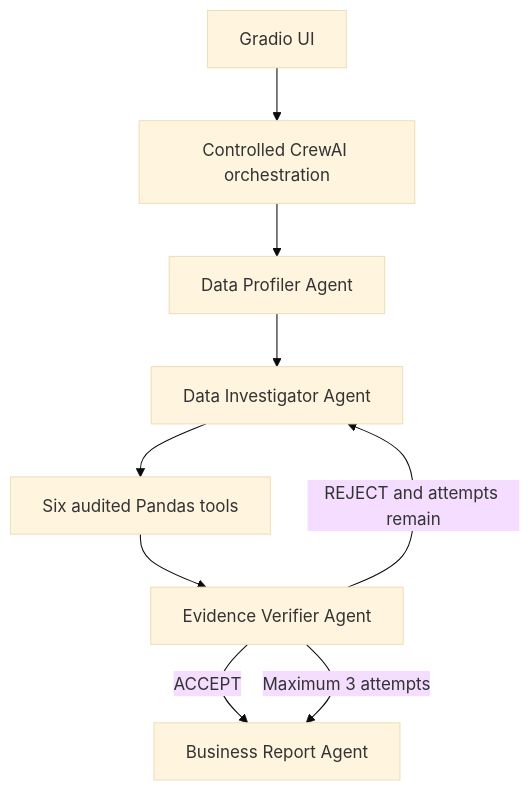
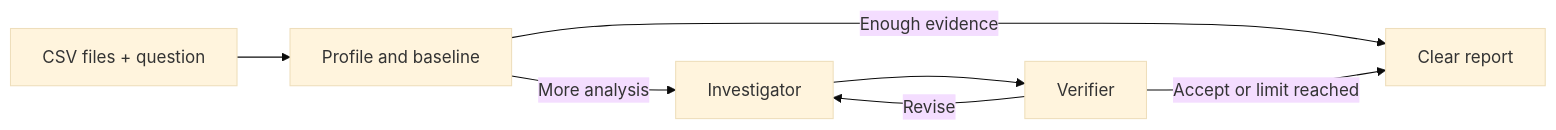
One commit to sara-alsalmi/reconai-data-incident-investigator changed the diagram in README.md. Above: the diagram before and after it, drawn with Mermaid (base theme). The commit also changed other lines of this file and 26 other files, not shown here.

````diff
--- a/README.md
+++ b/README.md
@@ -17,11 +34,9 @@
 ```mermaid
-flowchart TD
-    UI[Gradio UI] --> FLOW[Controlled CrewAI orchestration]
-    FLOW --> P[Data Profiler Agent]
-    P --> I[Data Investigator Agent]
-    I --> T[Six audited Pandas tools]
-    T --> V[Evidence Verifier Agent]
-    V -->|REJECT and attempts remain| I
-    V -->|ACCEPT| R[Business Report Agent]
-    V -->|Maximum 3 attempts| R
+flowchart LR
+    A[CSV files + question] --> B[Profile and baseline]
+    B -->|Enough evidence| E[Clear report]
+    B -->|More analysis| C[Investigator]
+    C --> D[Verifier]
+    D -->|Revise| C
+    D -->|Accept or limit reached| E
 ```
````
